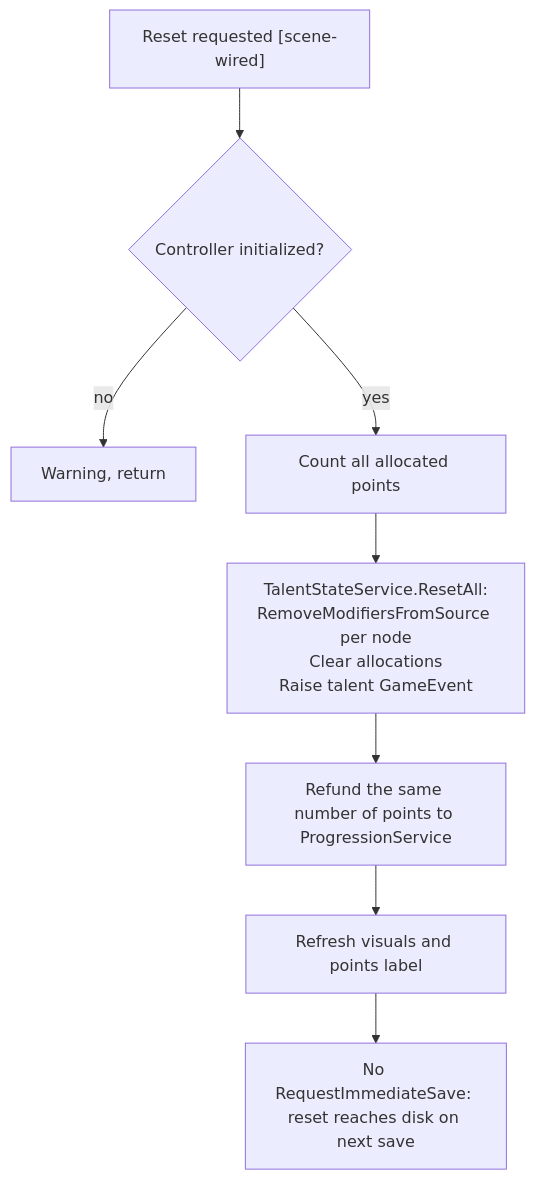
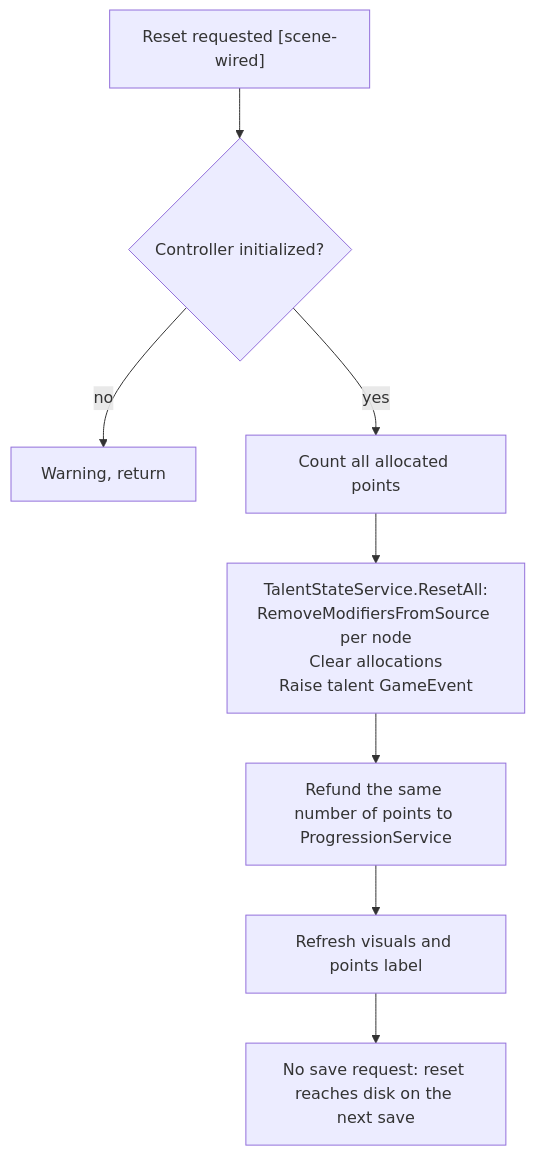
Diagram 15 of 17 in Docs/DECISION_TREES.md (Relativ9/Sol), drawn with Mermaid before and after one commit. The commit also changed other lines of this file and 29 other files, not shown here.

````diff
--- a/Docs/DECISION_TREES.md
+++ b/Docs/DECISION_TREES.md
@@ -269,10 +287,10 @@
 ```mermaid
 flowchart TD
   A["Reset requested [scene-wired]"] --> B{"Controller initialized?"}
   B -- no --> X1["Warning, return"]
   B -- yes --> C["Count all allocated points"]
   C --> D["TalentStateService.ResetAll:\nRemoveModifiersFromSource per node\nClear allocations\nRaise talent GameEvent"]
   D --> E["Refund the same number of points to ProgressionService"]
   E --> F["Refresh visuals and points label"]
-  F --> G["No RequestImmediateSave: reset reaches disk on next save"]
+  F --> G["No save request: reset reaches disk on the next save"]
 ```
````
